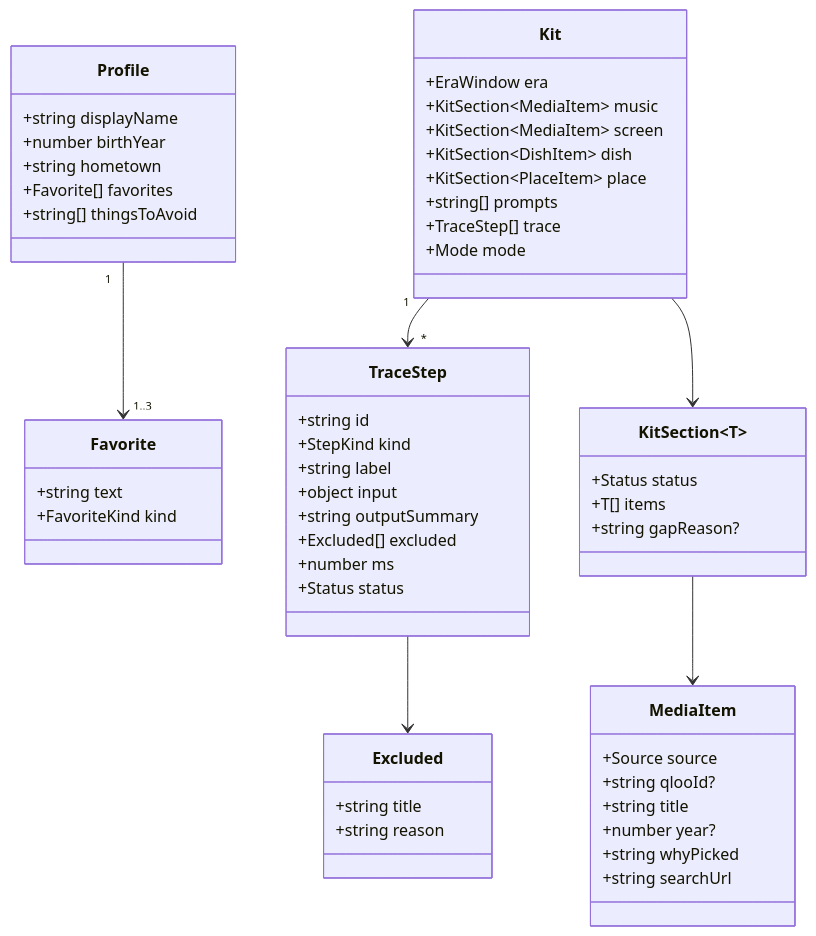
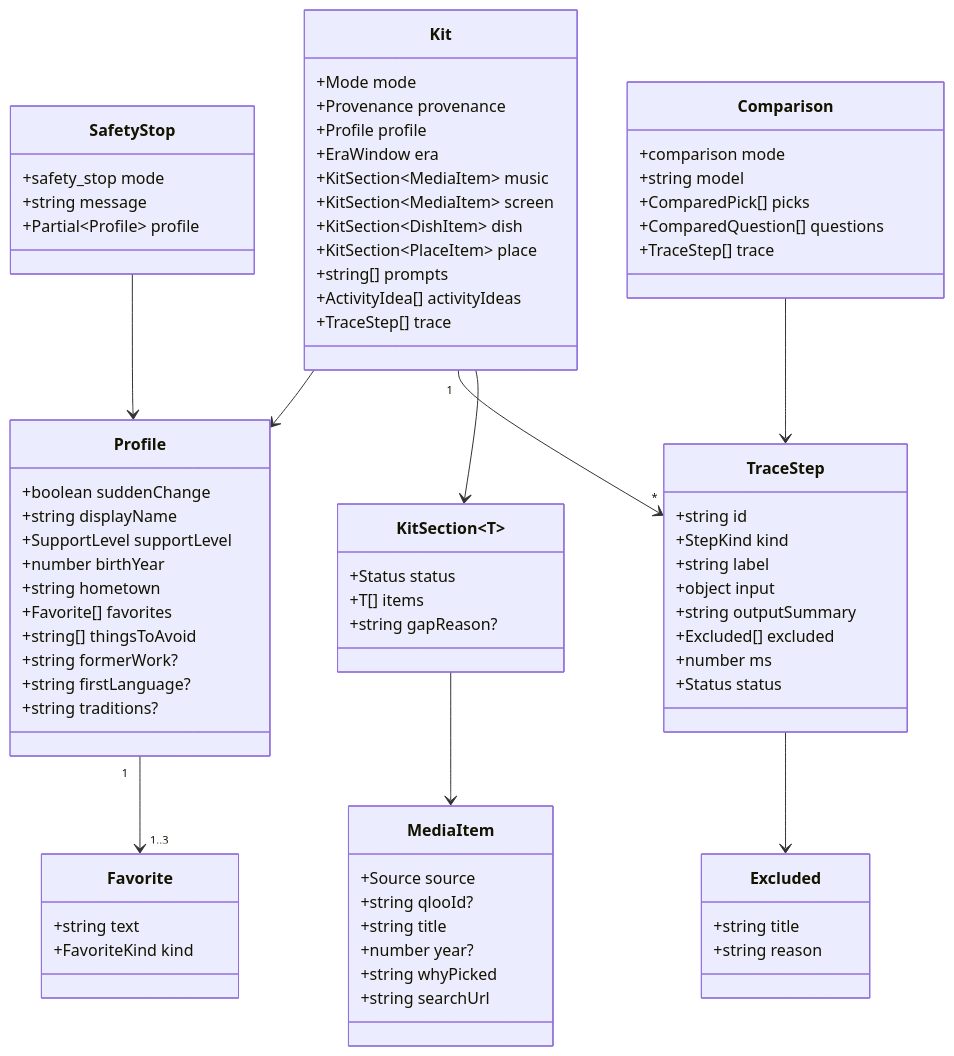
The fifth of 8 diagrams in docs/plan.md (PrathibhaDevkar/memory-lane), drawn with Mermaid before and after one commit. The commit also changed other lines of this file and 3 other files, not shown here.

First line of the commit message:
Bring the docs and diagrams up to date (#34)

````diff
--- a/docs/plan.md
+++ b/docs/plan.md
@@ -268,56 +298,79 @@
 ```mermaid
 classDiagram
     class Profile {
+        +boolean suddenChange
         +string displayName
+        +SupportLevel supportLevel
         +number birthYear
         +string hometown
         +Favorite[] favorites
         +string[] thingsToAvoid
+        +string formerWork?
+        +string firstLanguage?
+        +string traditions?
     }
     class Favorite {
         +string text
         +FavoriteKind kind
     }
     class Kit {
+        +Mode mode
+        +Provenance provenance
+        +Profile profile
         +EraWindow era
         +KitSection~MediaItem~ music
         +KitSection~MediaItem~ screen
         +KitSection~DishItem~ dish
         +KitSection~PlaceItem~ place
         +string[] prompts
+        +ActivityIdea[] activityIdeas
         +TraceStep[] trace
-        +Mode mode
+    }
+    class SafetyStop {
+        +safety_stop mode
+        +string message
+        +Partial~Profile~ profile
+    }
+    class Comparison {
+        +comparison mode
+        +string model
+        +ComparedPick[] picks
+        +ComparedQuestion[] questions
+        +TraceStep[] trace
     }
     class KitSection~T~ {
         +Status status
         +T[] items
         +string gapReason?
     }
     class MediaItem {
         +Source source
         +string qlooId?
         +string title
         +number year?
         +string whyPicked
         +string searchUrl
     }
     class TraceStep {
         +string id
         +StepKind kind
         +string label
         +object input
         +string outputSummary
         +Excluded[] excluded
         +number ms
         +Status status
     }
     class Excluded {
         +string title
         +string reason
     }
     Profile "1" --> "1..3" Favorite
+    Kit --> Profile
     Kit "1" --> "*" TraceStep
     Kit --> KitSection
     KitSection --> MediaItem
     TraceStep --> Excluded
+    SafetyStop --> Profile
+    Comparison --> TraceStep
 ```
````
